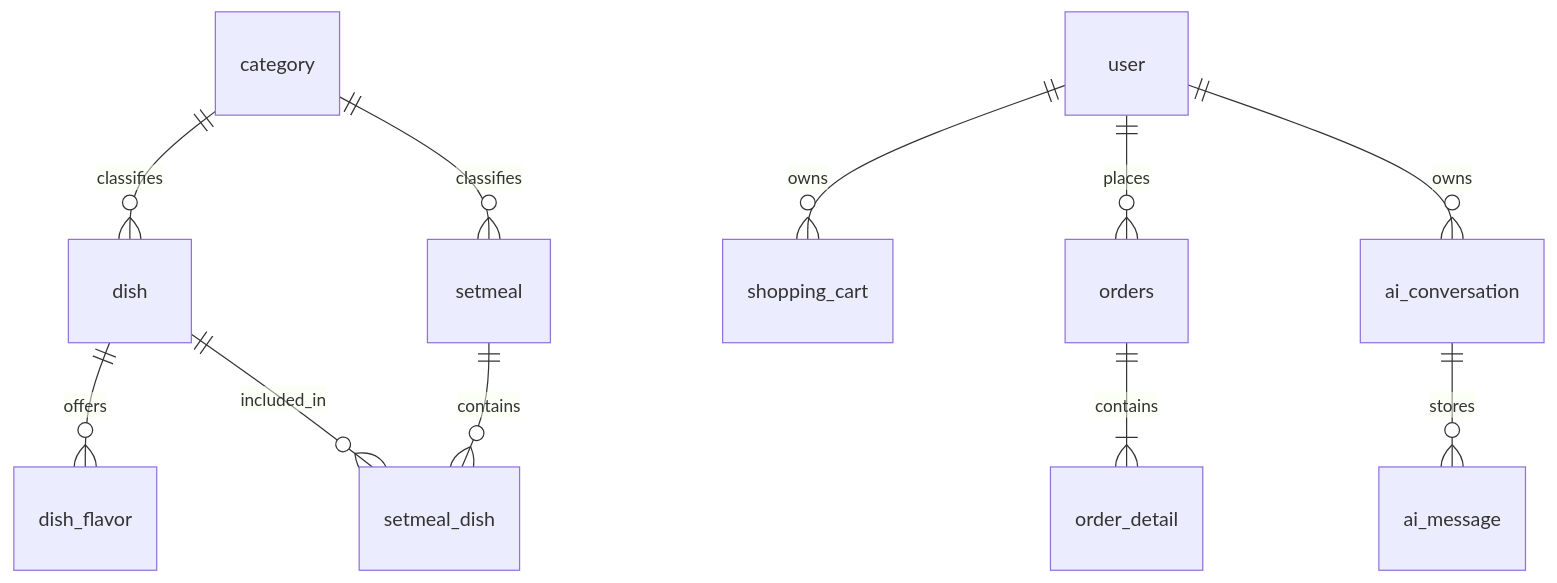
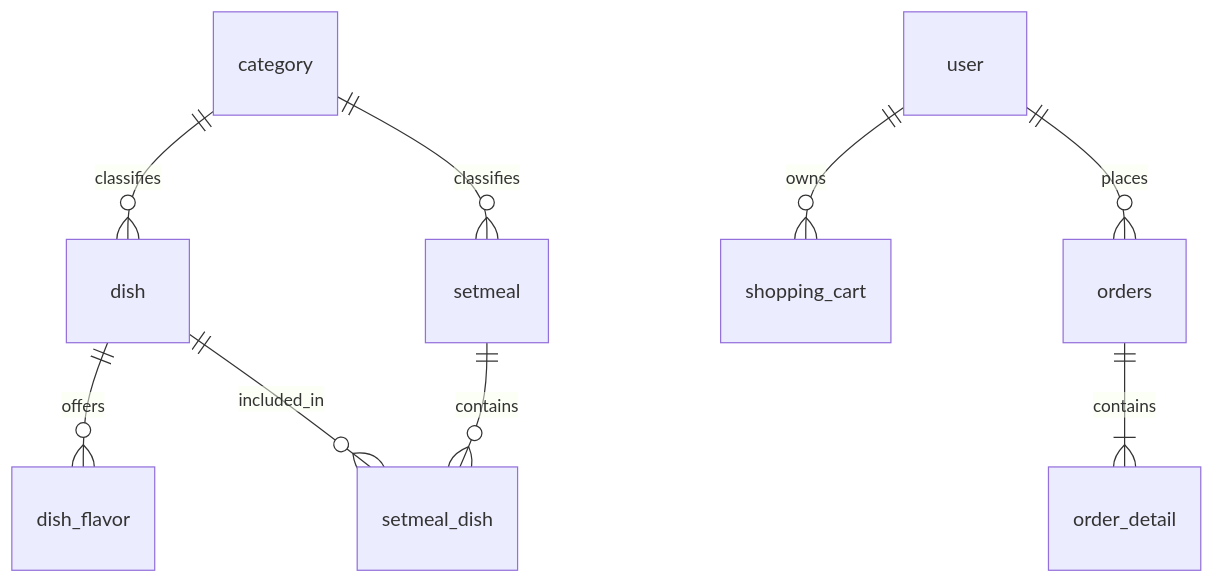
Before and after one commit to tangwencan666/sky-takeout-ai: the diagram in docs/DATABASE_DESIGN.md, drawn with Mermaid. The commit also changed other lines of this file and 5 other files, not shown here.

````diff
--- a/docs/DATABASE_DESIGN.md
+++ b/docs/DATABASE_DESIGN.md
@@ -26,13 +22,11 @@
 ```mermaid
 erDiagram
     category ||--o{ dish : classifies
     category ||--o{ setmeal : classifies
     dish ||--o{ dish_flavor : offers
     setmeal ||--o{ setmeal_dish : contains
     dish ||--o{ setmeal_dish : included_in
     user ||--o{ shopping_cart : owns
     user ||--o{ orders : places
     orders ||--|{ order_detail : contains
-    user ||--o{ ai_conversation : owns
-    ai_conversation ||--o{ ai_message : stores
 ```
````
